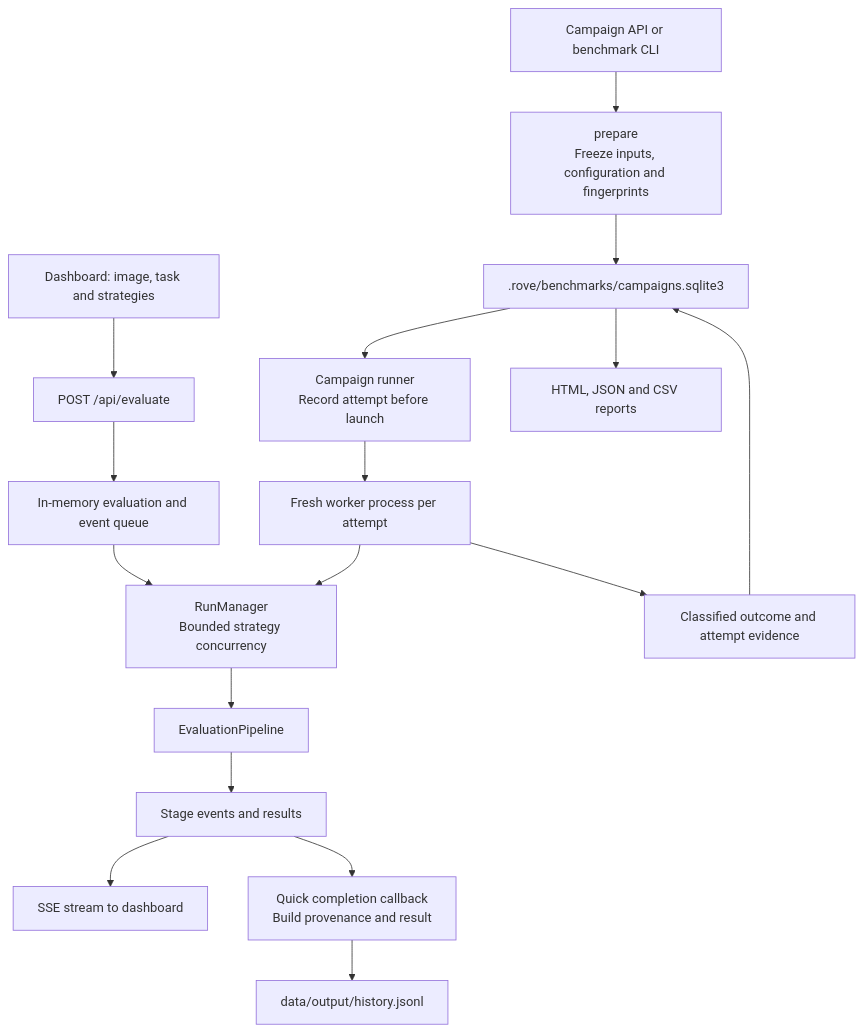
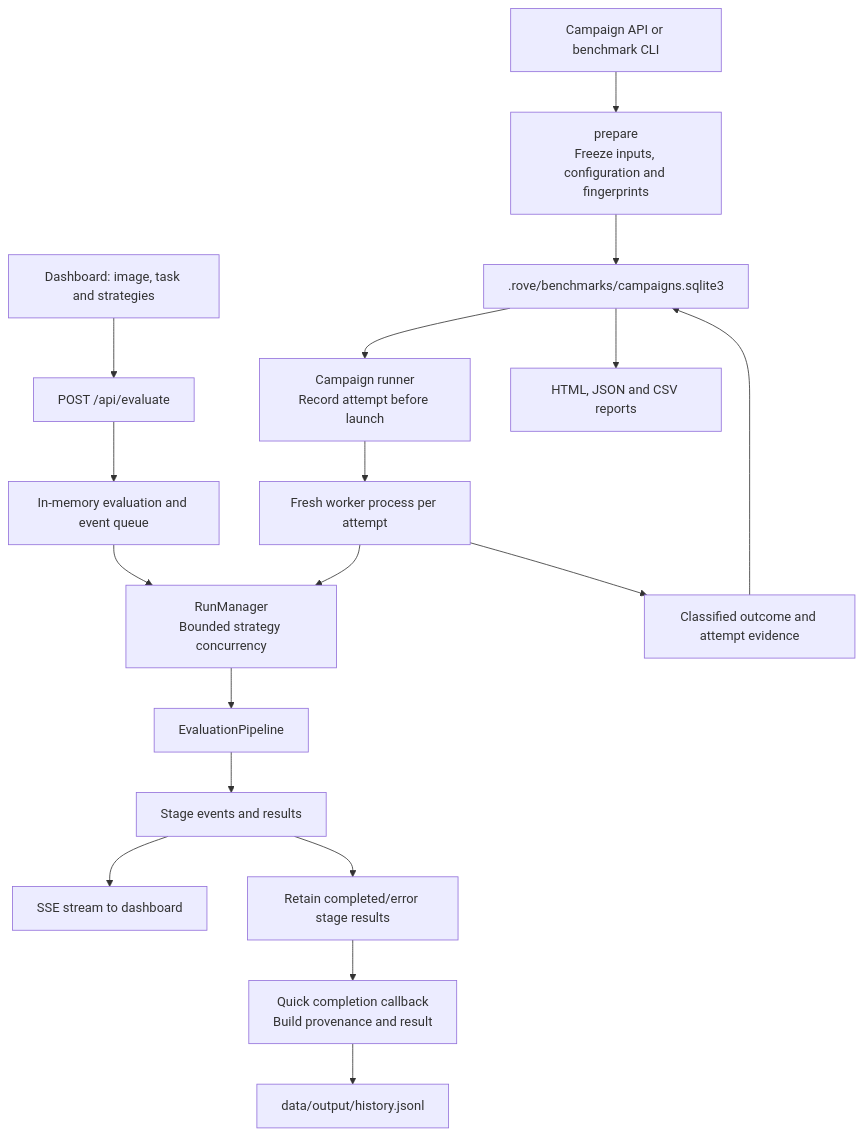
The first of 2 diagrams in docs/architecture/current-implementation.md (niksacdev/rove), drawn with Mermaid before and after one commit. The commit also changed other lines of this file and 13 other files, not shown here.

````diff
--- a/docs/architecture/current-implementation.md
+++ b/docs/architecture/current-implementation.md
@@ -18,20 +19,21 @@
 ```mermaid
 flowchart TD
     UI["Dashboard: image, task and strategies"] --> API["POST /api/evaluate"]
     API --> MEM["In-memory evaluation and event queue"]
     MEM --> RM["RunManager<br/>Bounded strategy concurrency"]
     RM --> PIPE["EvaluationPipeline"]
     PIPE --> EVENTS["Stage events and results"]
     EVENTS --> SSE["SSE stream to dashboard"]
-    EVENTS --> QUICK["Quick completion callback<br/>Build provenance and result"]
+    EVENTS --> RETAIN["Retain completed/error stage results"]
+    RETAIN --> QUICK["Quick completion callback<br/>Build provenance and result"]
     QUICK --> JSONL["data/output/history.jsonl"]
 
     CP["Campaign API or benchmark CLI"] --> PREP["prepare<br/>Freeze inputs, configuration and fingerprints"]
     PREP --> DB[".rove/benchmarks/campaigns.sqlite3"]
     DB --> RUN["Campaign runner<br/>Record attempt before launch"]
     RUN --> WORK["Fresh worker process per attempt"]
     WORK --> RM
     WORK --> RESULT["Classified outcome and attempt evidence"]
     RESULT --> DB
     DB --> REPORT["HTML, JSON and CSV reports"]
 ```
````
